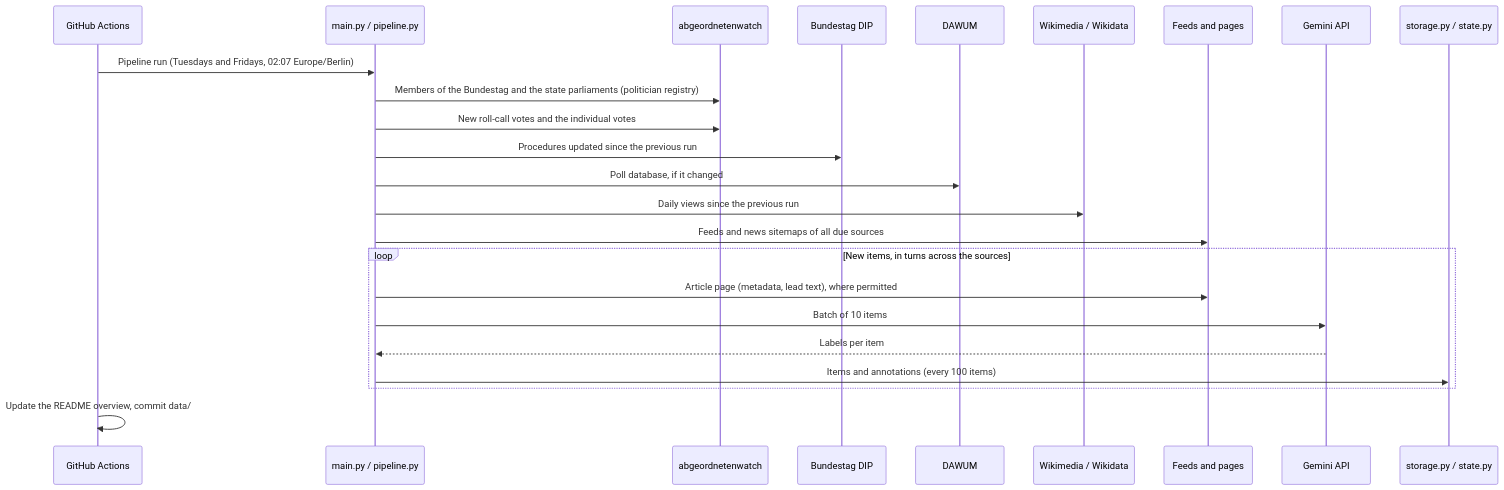
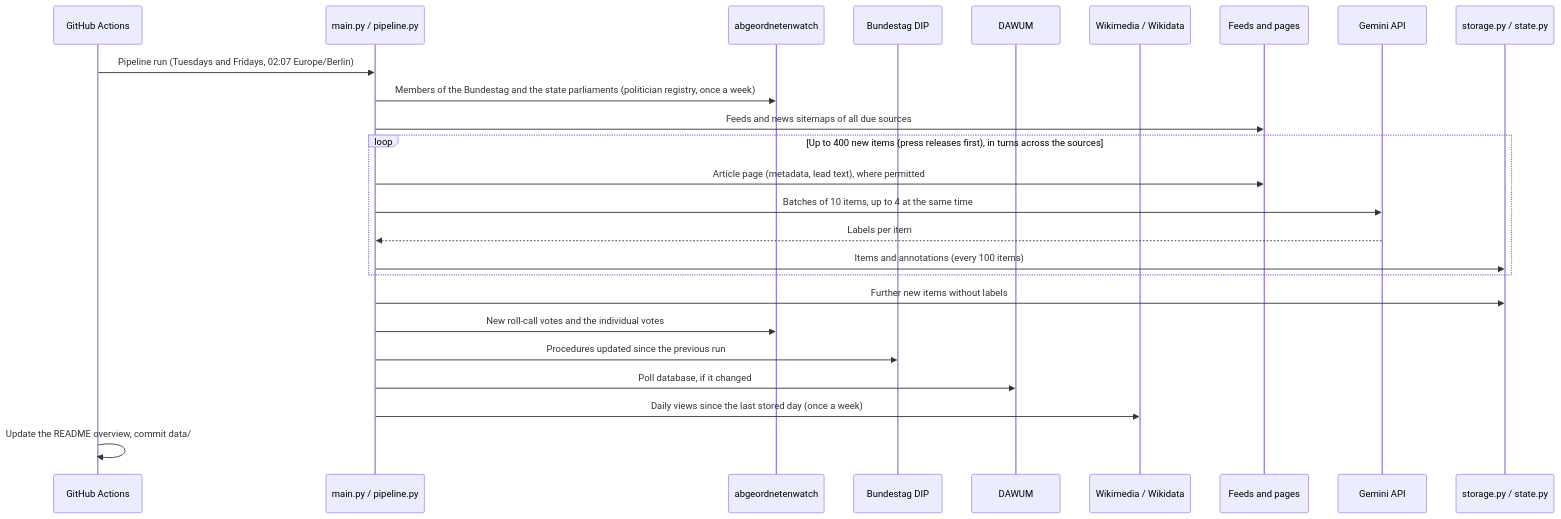
One commit to kleinnconrad/dataset.politics.germany changed the diagram in README.md. Above: the diagram before and after it, drawn with Mermaid. The commit also changed other lines of this file and 23 other files, not shown here.

````diff
--- a/README.md
+++ b/README.md
@@ -61,27 +63,28 @@
 ```mermaid
 sequenceDiagram
     participant Action as GitHub Actions
     participant Run as main.py / pipeline.py
     participant AW as abgeordnetenwatch
     participant DIP as Bundestag DIP
     participant DAWUM as DAWUM
     participant Wiki as Wikimedia / Wikidata
     participant Web as Feeds and pages
     participant Gemini as Gemini API
     participant Store as storage.py / state.py
 
     Action->>Run: Pipeline run (Tuesdays and Fridays, 02:07 Europe/Berlin)
-    Run->>AW: Members of the Bundestag and the state parliaments (politician registry)
+    Run->>AW: Members of the Bundestag and the state parliaments (politician registry, once a week)
+    Run->>Web: Feeds and news sitemaps of all due sources
+    loop Up to 400 new items (press releases first), in turns across the sources
+        Run->>Web: Article page (metadata, lead text), where permitted
+        Run->>Gemini: Batches of 10 items, up to 4 at the same time
+        Gemini-->>Run: Labels per item
+        Run->>Store: Items and annotations (every 100 items)
+    end
+    Run->>Store: Further new items without labels
     Run->>AW: New roll-call votes and the individual votes
     Run->>DIP: Procedures updated since the previous run
     Run->>DAWUM: Poll database, if it changed
-    Run->>Wiki: Daily views since the previous run
-    Run->>Web: Feeds and news sitemaps of all due sources
-    loop New items, in turns across the sources
-        Run->>Web: Article page (metadata, lead text), where permitted
-        Run->>Gemini: Batch of 10 items
-        Gemini-->>Run: Labels per item
-        Run->>Store: Items and annotations (every 100 items)
-    end
+    Run->>Wiki: Daily views since the last stored day (once a week)
     Action->>Action: Update the README overview, commit data/
 ```
````
